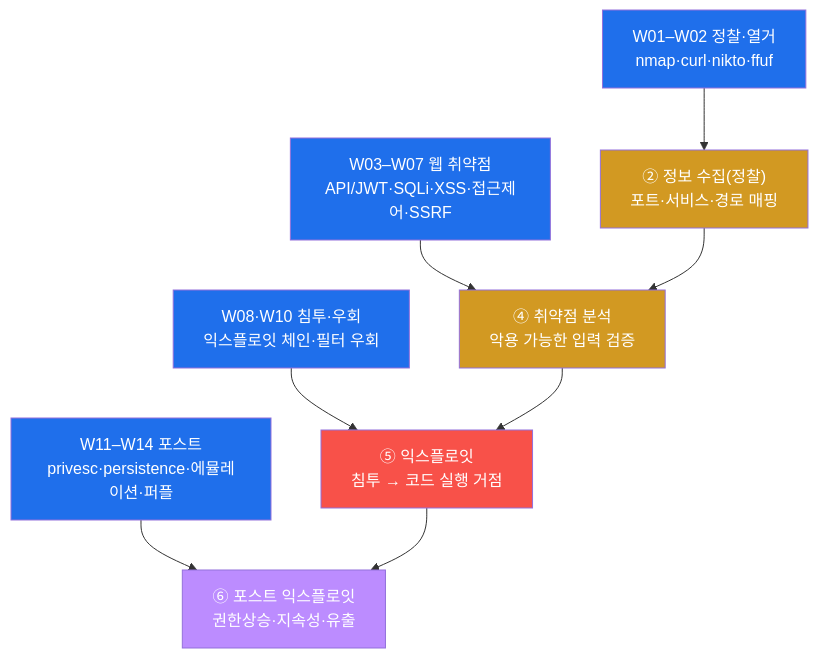
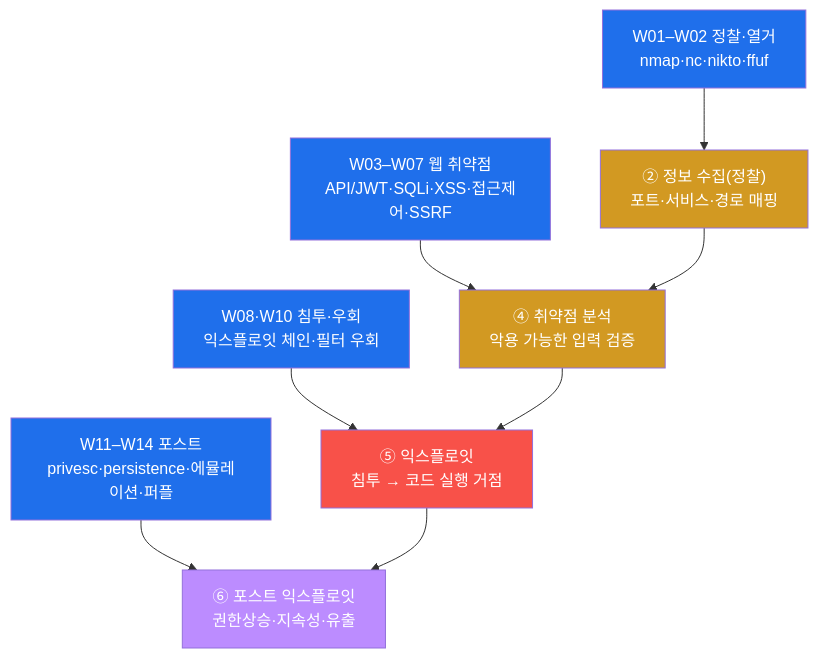
The second of 10 diagrams in contents/training/attack/lecture_week15.md (mrgrit/tw2), drawn with Mermaid before and after one commit. The commit also changed 99 other files, not shown here.

````diff
--- a/contents/training/attack/lecture_week15.md
+++ b/contents/training/attack/lecture_week15.md
@@ -131,24 +131,24 @@
 ```mermaid
 graph TD
     P2["② 정보 수집(정찰)<br/>포트·서비스·경로 매핑"]
     P4["④ 취약점 분석<br/>악용 가능한 입력 검증"]
     P5["⑤ 익스플로잇<br/>침투 → 코드 실행 거점"]
     P6["⑥ 포스트 익스플로잇<br/>권한상승·지속성·유출"]
-    R["W01–W02 정찰·열거<br/>nmap·curl·nikto·ffuf"]
+    R["W01–W02 정찰·열거<br/>nmap·nc·nikto·ffuf"]
     V["W03–W07 웹 취약점<br/>API/JWT·SQLi·XSS·접근제어·SSRF"]
     E["W08·W10 침투·우회<br/>익스플로잇 체인·필터 우회"]
     POST["W11–W14 포스트<br/>privesc·persistence·에뮬레이션·퍼플"]
     R --> P2
     V --> P4
     E --> P5
     POST --> P6
     P2 --> P4 --> P5 --> P6
     style P2 fill:#d29922,color:#fff
     style P4 fill:#d29922,color:#fff
     style P5 fill:#f85149,color:#fff
     style P6 fill:#bc8cff,color:#fff
     style R fill:#1f6feb,color:#fff
     style V fill:#1f6feb,color:#fff
     style E fill:#1f6feb,color:#fff
     style POST fill:#1f6feb,color:#fff
 ```
````
